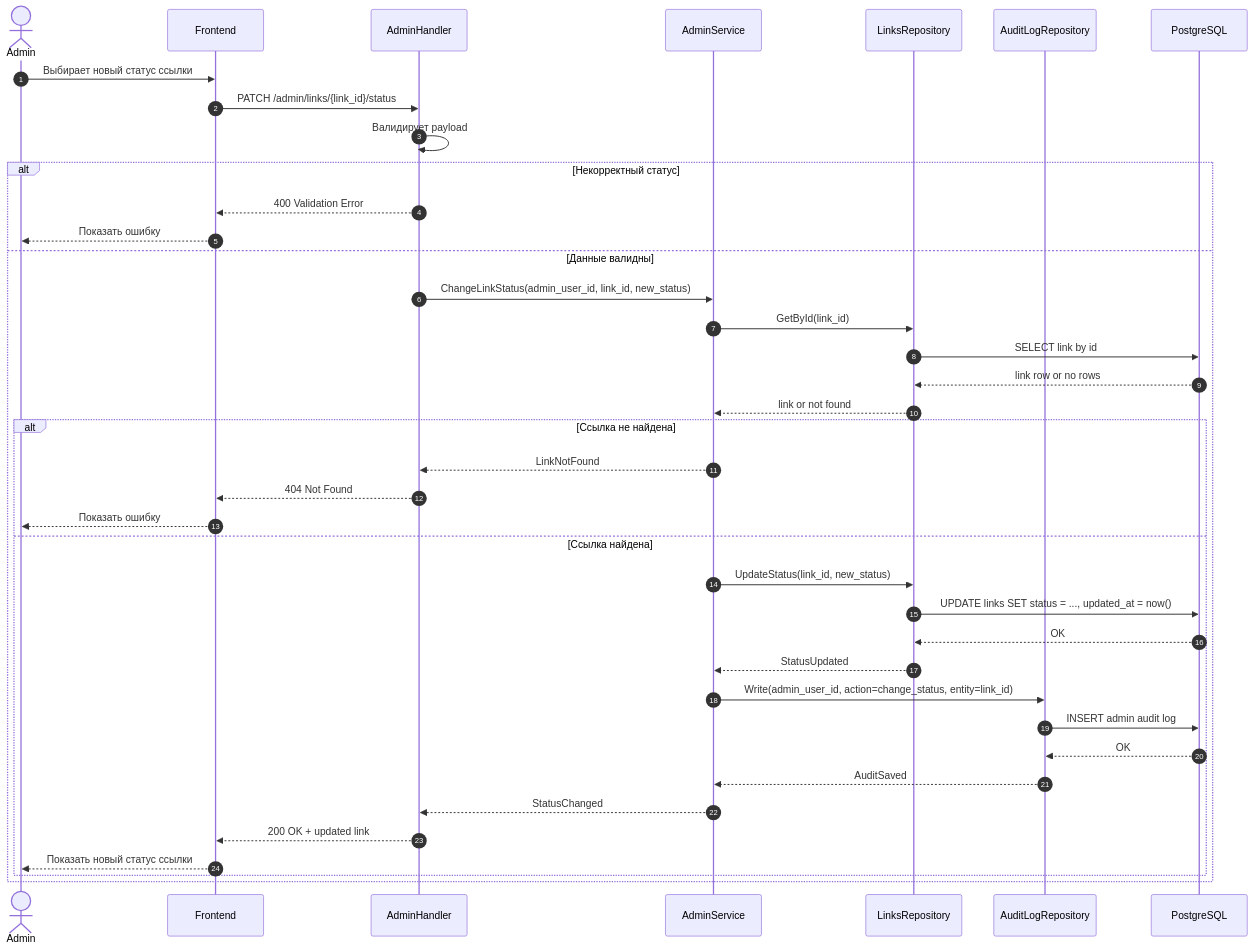
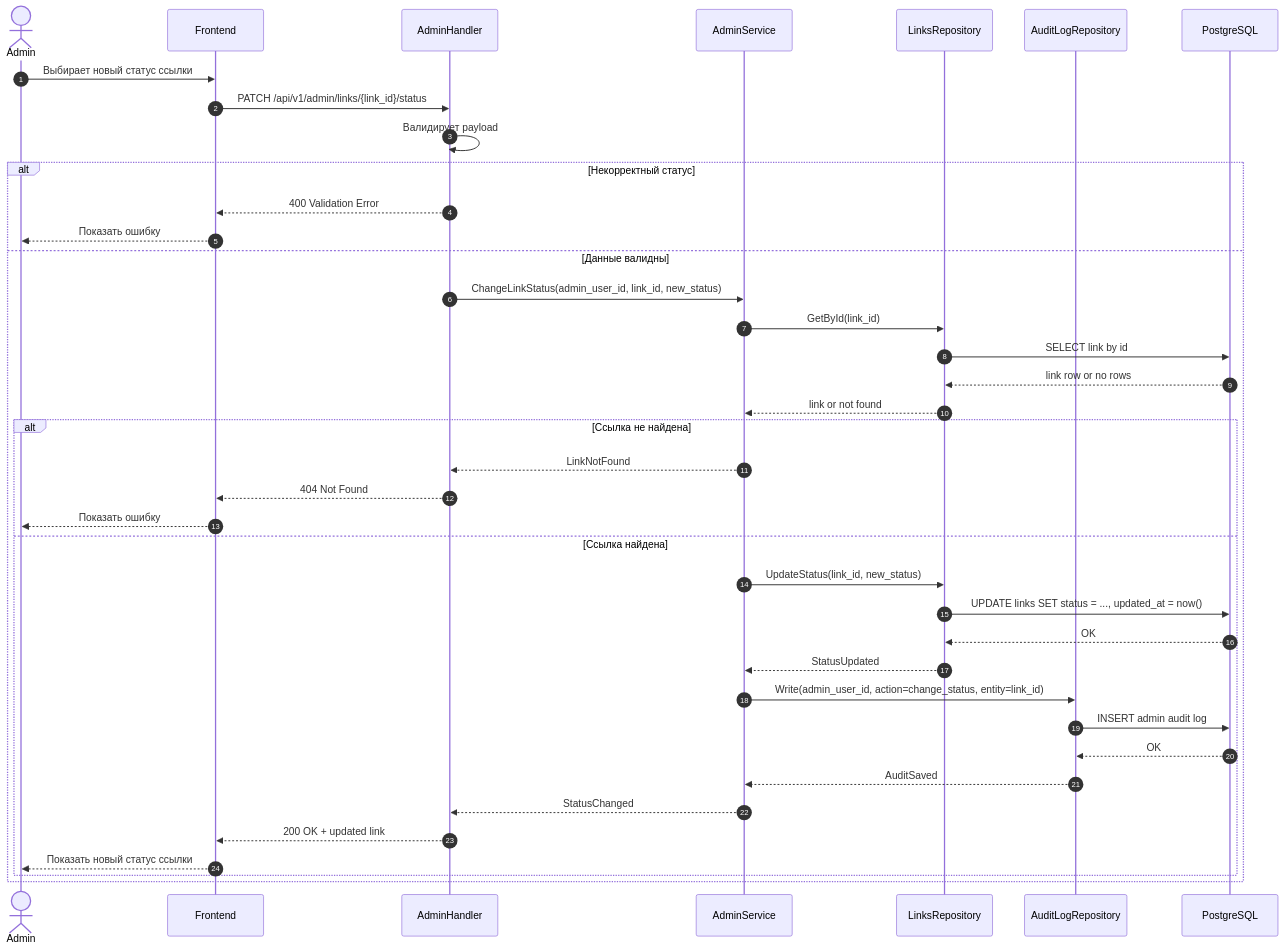
One commit to k3llone/TrackLink changed the diagram in docs/Sequence/SD-31.md. Above: the diagram before and after it, drawn with Mermaid. The commit also changed 33 other files, not shown here.

````diff
--- a/docs/Sequence/SD-31.md
+++ b/docs/Sequence/SD-31.md
@@ -3,48 +3,48 @@
 ```mermaid
 sequenceDiagram
     autonumber
 
     actor Admin
     participant FE as Frontend
     participant ADH as AdminHandler
     participant ADS as AdminService
     participant LR as LinksRepository
     participant AL as AuditLogRepository
     participant DB as PostgreSQL
 
     Admin->>FE: Выбирает новый статус ссылки
-    FE->>ADH: PATCH /admin/links/{link_id}/status
+    FE->>ADH: PATCH /api/v1/admin/links/{link_id}/status
 
     ADH->>ADH: Валидирует payload
     alt Некорректный статус
         ADH-->>FE: 400 Validation Error
         FE-->>Admin: Показать ошибку
     else Данные валидны
         ADH->>ADS: ChangeLinkStatus(admin_user_id, link_id, new_status)
 
         ADS->>LR: GetById(link_id)
         LR->>DB: SELECT link by id
         DB-->>LR: link row or no rows
         LR-->>ADS: link or not found
 
         alt Ссылка не найдена
             ADS-->>ADH: LinkNotFound
             ADH-->>FE: 404 Not Found
             FE-->>Admin: Показать ошибку
         else Ссылка найдена
             ADS->>LR: UpdateStatus(link_id, new_status)
             LR->>DB: UPDATE links SET status = ..., updated_at = now()
             DB-->>LR: OK
             LR-->>ADS: StatusUpdated
 
             ADS->>AL: Write(admin_user_id, action=change_status, entity=link_id)
             AL->>DB: INSERT admin audit log
             DB-->>AL: OK
             AL-->>ADS: AuditSaved
 
             ADS-->>ADH: StatusChanged
             ADH-->>FE: 200 OK + updated link
             FE-->>Admin: Показать новый статус ссылки
         end
     end
 ```
````
